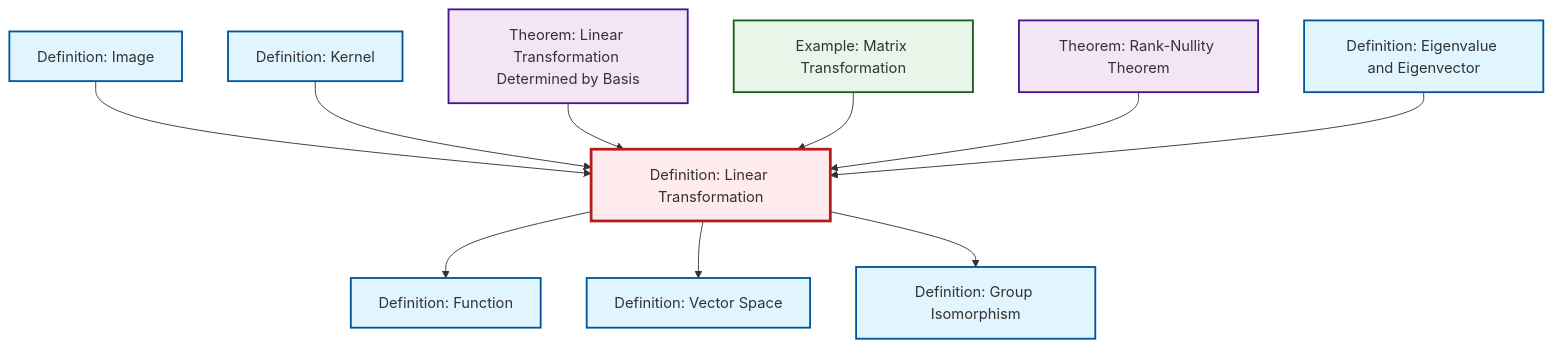
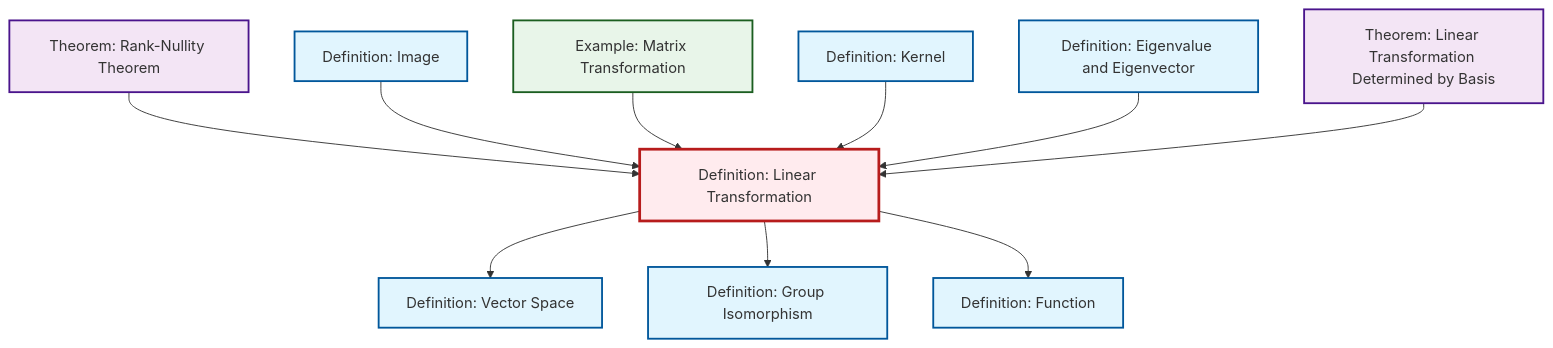
Before and after one commit to RK0429/ModernMath: the diagram in content/ja/algebra/def-linear-transformation.qmd, drawn with Mermaid. The commit also changed other lines of this file and 619 other files, not shown here.

````diff
--- a/content/ja/algebra/def-linear-transformation.qmd
+++ b/content/ja/algebra/def-linear-transformation.qmd
@@ -48,38 +48,38 @@
 ```{mermaid}
 %%| fig-cap: "Local dependency graph"
 graph TD
     classDef definition fill:#e1f5fe,stroke:#01579b,stroke-width:2px
     classDef theorem fill:#f3e5f5,stroke:#4a148c,stroke-width:2px
     classDef axiom fill:#fff3e0,stroke:#e65100,stroke-width:2px
     classDef example fill:#e8f5e9,stroke:#1b5e20,stroke-width:2px
     classDef current fill:#ffebee,stroke:#b71c1c,stroke-width:3px
     thm-linear-transformation-basis["Theorem: Linear Transformation Determined by Basis"]:::theorem
-    ex-matrix-transformation["Example: Matrix Transformation"]:::example
-    thm-rank-nullity["Theorem: Rank-Nullity Theorem"]:::theorem
-    def-vector-space["Definition: Vector Space"]:::definition
-    def-function["Definition: Function"]:::definition
-    def-isomorphism["Definition: Group Isomorphism"]:::definition
+    def-eigenvalue-eigenvector["Definition: Eigenvalue and Eigenvector"]:::definition
     def-kernel["Definition: Kernel"]:::definition
     def-linear-transformation["Definition: Linear Transformation"]:::definition
-    def-eigenvalue-eigenvector["Definition: Eigenvalue and Eigenvector"]:::definition
+    thm-rank-nullity["Theorem: Rank-Nullity Theorem"]:::theorem
+    def-isomorphism["Definition: Group Isomorphism"]:::definition
+    ex-matrix-transformation["Example: Matrix Transformation"]:::example
+    def-function["Definition: Function"]:::definition
     def-image["Definition: Image"]:::definition
+    def-vector-space["Definition: Vector Space"]:::definition
+    def-linear-transformation --> def-vector-space
+    thm-rank-nullity --> def-linear-transformation
+    def-image --> def-linear-transformation
+    def-linear-transformation --> def-isomorphism
+    ex-matrix-transformation --> def-linear-transformation
+    def-kernel --> def-linear-transformation
+    def-eigenvalue-eigenvector --> def-linear-transformation
+    thm-linear-transformation-basis --> def-linear-transformation
     def-linear-transformation --> def-function
-    def-image --> def-linear-transformation
-    def-kernel --> def-linear-transformation
-    def-linear-transformation --> def-vector-space
-    thm-linear-transformation-basis --> def-linear-transformation
-    ex-matrix-transformation --> def-linear-transformation
-    thm-rank-nullity --> def-linear-transformation
-    def-linear-transformation --> def-isomorphism
-    def-eigenvalue-eigenvector --> def-linear-transformation
     class def-linear-transformation current
     click thm-linear-transformation-basis "thm-linear-transformation-basis.html" "Theorem: Linear Transformation Determined by Basisへ"
+    click def-eigenvalue-eigenvector "def-eigenvalue-eigenvector.html" "Definition: Eigenvalue and Eigenvectorへ"
+    click def-kernel "def-kernel.html" "Definition: Kernelへ"
+    click thm-rank-nullity "thm-rank-nullity.html" "Theorem: Rank-Nullity Theoremへ"
+    click def-isomorphism "def-isomorphism.html" "Definition: Group Isomorphismへ"
     click ex-matrix-transformation "ex-matrix-transformation.html" "Example: Matrix Transformationへ"
-    click thm-rank-nullity "thm-rank-nullity.html" "Theorem: Rank-Nullity Theoremへ"
+    click def-function "def-function.html" "Definition: Functionへ"
+    click def-image "def-image.html" "Definition: Imageへ"
     click def-vector-space "def-vector-space.html" "Definition: Vector Spaceへ"
-    click def-function "def-function.html" "Definition: Functionへ"
-    click def-isomorphism "def-isomorphism.html" "Definition: Group Isomorphismへ"
-    click def-kernel "def-kernel.html" "Definition: Kernelへ"
-    click def-eigenvalue-eigenvector "def-eigenvalue-eigenvector.html" "Definition: Eigenvalue and Eigenvectorへ"
-    click def-image "def-image.html" "Definition: Imageへ"
 ```
````
